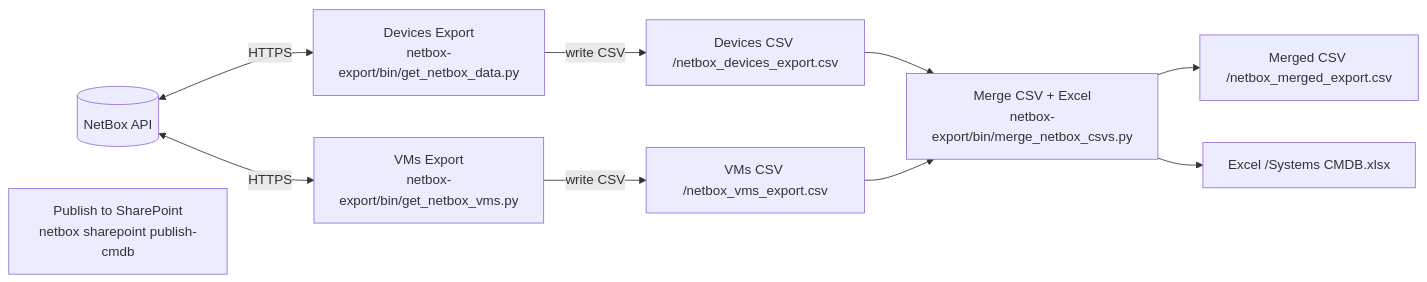
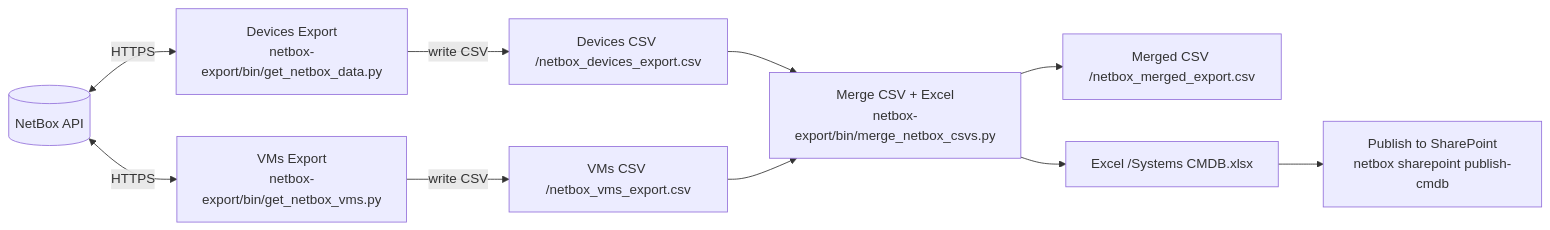
The diagram in README.md (DanielTromp/Atlas), drawn with Mermaid before and after one commit.

````diff
--- a/README.md
+++ b/README.md
@@ -66,22 +66,23 @@
 ```mermaid
 flowchart LR
 
   DEV["Devices Export\nnetbox-export/bin/get_netbox_data.py"]
   VMS["VMs Export\nnetbox-export/bin/get_netbox_vms.py"]
   MERGE["Merge CSV + Excel\nnetbox-export/bin/merge_netbox_csvs.py"]
 
 
   NB[(NetBox API)] <-->|HTTPS| DEV
   NB <-->|HTTPS| VMS
 
   DEV -->|write CSV| DCSV["Devices CSV <NETBOX_DATA_DIR>/netbox_devices_export.csv"]
   VMS -->|write CSV| VCSV["VMs CSV <NETBOX_DATA_DIR>/netbox_vms_export.csv"]
 
   DCSV --> MERGE
   VCSV --> MERGE
   MERGE --> MCSV["Merged CSV <NETBOX_DATA_DIR>/netbox_merged_export.csv"]
   MERGE --> MXL["Excel <NETBOX_DATA_DIR>/Systems CMDB.xlsx"]
 
   %% Optional publish step (auto when configured)
   UP["Publish to SharePoint\nnetbox sharepoint publish-cmdb"]
+  MXL --> UP
 ```
````
